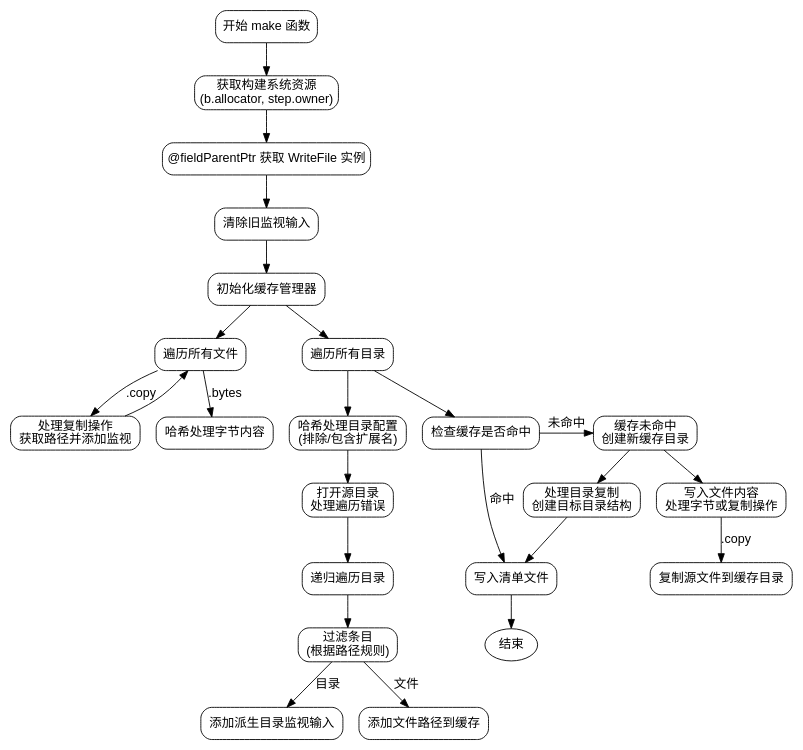
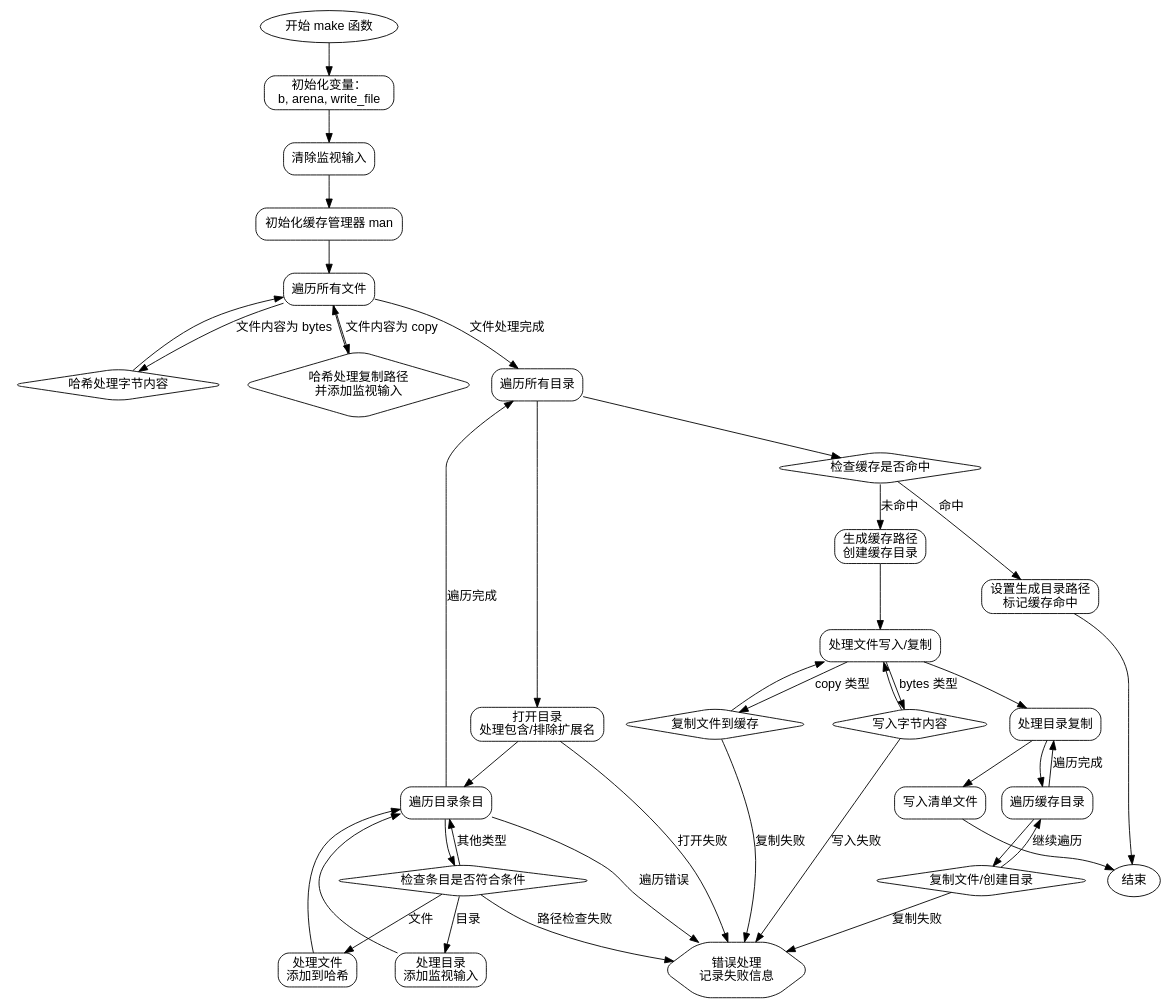
One commit to sdzx-1/deepseek-zig-reader changed the diagram in dot_std/Build/Step/WriteFile.zig.make.md. Above: the diagram before and after it, drawn with Graphviz. The commit also changed other lines of this file and 236 other files, not shown here.

````diff
--- a/dot_std/Build/Step/WriteFile.zig.make.md
+++ b/dot_std/Build/Step/WriteFile.zig.make.md
@@ -17,53 +31,74 @@
 ```dot
 digraph flowchart {
-    node [shape=rectangle, style="rounded", fontname="Arial"];
-    edge [fontname="Arial"];
+    node [fontname="Helvetica", shape=rect, style=rounded];
+    edge [fontname="Helvetica"];
 
-    start [label="开始 make 函数"];
-    get_resources [label="获取构建系统资源\n(b.allocator, step.owner)"];
-    get_writefile [label="@fieldParentPtr 获取 WriteFile 实例"];
-    clear_watch_inputs [label="清除旧监视输入"];
-    init_cache [label="初始化缓存管理器"];
+    start [label="开始 make 函数", shape=ellipse];
+    init_vars [label="初始化变量：\nb, arena, write_file"];
+    clear_watch [label="清除监视输入"];
+    init_cache [label="初始化缓存管理器 man"];
     process_files [label="遍历所有文件"];
-    hash_bytes [label="哈希处理字节内容"];
-    handle_copy [label="处理复制操作\n获取路径并添加监视"];
+    hash_bytes [label="哈希处理字节内容", shape=diamond];
+    hash_copy [label="哈希处理复制路径\n并添加监视输入", shape=diamond];
     process_dirs [label="遍历所有目录"];
-    hash_dir_options [label="哈希处理目录配置\n(排除/包含扩展名)"];
-    open_src_dir [label="打开源目录\n处理遍历错误"];
-    walk_dir [label="递归遍历目录"];
-    filter_entries [label="过滤条目\n(根据路径规则)"];
-    add_derived_inputs [label="添加派生目录监视输入"];
-    add_file_to_cache [label="添加文件路径到缓存"];
-    check_cache_hit [label="检查缓存是否命中"];
-    cache_miss [label="缓存未命中\n创建新缓存目录"];
-    write_files [label="写入文件内容\n处理字节或复制操作"];
-    copy_files [label="复制源文件到缓存目录"];
-    handle_dirs_copy [label="处理目录复制\n创建目标目录结构"];
-    update_manifest [label="写入清单文件"];
+    open_dir [label="打开目录\n处理包含/排除扩展名"];
+    walk_dir [label="遍历目录条目"];
+    check_entry [label="检查条目是否符合条件", shape=diamond];
+    handle_dir [label="处理目录\n添加监视输入"];
+    handle_file [label="处理文件\n添加到哈希"];
+    check_cache [label="检查缓存是否命中", shape=diamond];
+    cache_hit [label="设置生成目录路径\n标记缓存命中"];
+    cache_miss [label="生成缓存路径\n创建缓存目录"];
+    write_files [label="处理文件写入/复制"];
+    write_bytes [label="写入字节内容", shape=diamond];
+    copy_file [label="复制文件到缓存", shape=diamond];
+    copy_dirs [label="处理目录复制"];
+    walk_cache_dir [label="遍历缓存目录"];
+    copy_entry [label="复制文件/创建目录", shape=diamond];
+    write_manifest [label="写入清单文件"];
+    end [label="结束", shape=ellipse];
+    error [label="错误处理\n记录失败信息", shape=hexagon];
 
-    start -> get_resources -> get_writefile -> clear_watch_inputs -> init_cache;
+    start -> init_vars -> clear_watch -> init_cache;
     init_cache -> process_files;
-    process_files -> hash_bytes [label=".bytes"];
-    process_files -> handle_copy [label=".copy"];
-    handle_copy -> process_files;
-    init_cache -> process_dirs;
-    process_dirs -> hash_dir_options -> open_src_dir -> walk_dir;
-    walk_dir -> filter_entries;
-    filter_entries -> add_derived_inputs [label="目录"];
-    filter_entries -> add_file_to_cache [label="文件"];
-    process_dirs -> check_cache_hit;
-    check_cache_hit -> cache_miss [label="未命中"];
-    cache_miss -> write_files;
-    write_files -> copy_files [label=".copy"];
-    cache_miss -> handle_dirs_copy;
-    handle_dirs_copy -> update_manifest;
-    check_cache_hit -> update_manifest [label="命中"];
-    update_manifest -> end;
-    
-    // 隐式结束节点
-    end [label="结束" shape=ellipse];
-    {rank=same; check_cache_hit cache_miss}
-    {rank=same; process_files process_dirs}
-    {rank=same; write_files handle_dirs_copy}
+
+    process_files -> hash_bytes [label="文件内容为 bytes"];
+    process_files -> hash_copy [label="文件内容为 copy"];
+    hash_bytes -> process_files;
+    hash_copy -> process_files;
+
+    process_files -> process_dirs [label="文件处理完成"];
+    process_dirs -> open_dir -> walk_dir;
+    walk_dir -> check_entry;
+    check_entry -> handle_dir [label="目录"];
+    check_entry -> handle_file [label="文件"];
+    check_entry -> walk_dir [label="其他类型"];
+    handle_dir -> walk_dir;
+    handle_file -> walk_dir;
+    walk_dir -> process_dirs [label="遍历完成"];
+
+    process_dirs -> check_cache;
+    check_cache -> cache_hit [label="命中"];
+    check_cache -> cache_miss [label="未命中"];
+    cache_hit -> end;
+    cache_miss -> write_files -> copy_dirs -> write_manifest -> end;
+
+    write_files -> write_bytes [label="bytes 类型"];
+    write_files -> copy_file [label="copy 类型"];
+    write_bytes -> write_files;
+    copy_file -> write_files;
+
+    copy_dirs -> walk_cache_dir;
+    walk_cache_dir -> copy_entry;
+    copy_entry -> walk_cache_dir [label="继续遍历"];
+    walk_cache_dir -> copy_dirs [label="遍历完成"];
+
+    // 错误处理路径
+    open_dir -> error [label="打开失败"];
+    write_bytes -> error [label="写入失败"];
+    copy_file -> error [label="复制失败"];
+    copy_entry -> error [label="复制失败"];
+    check_entry -> error [label="路径检查失败"];
+    walk_dir -> error [label="遍历错误"];
 }
 ``` 
````
